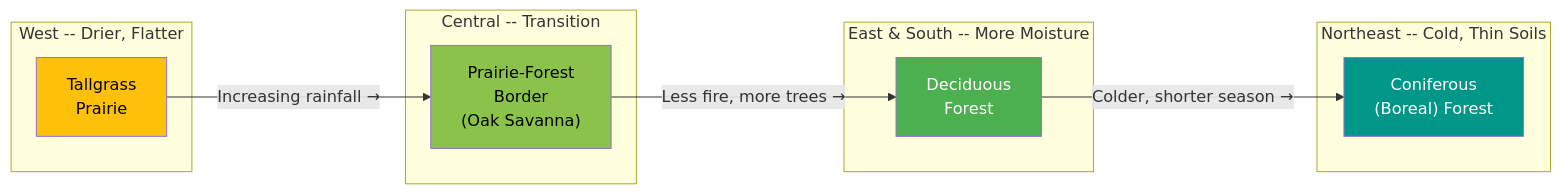
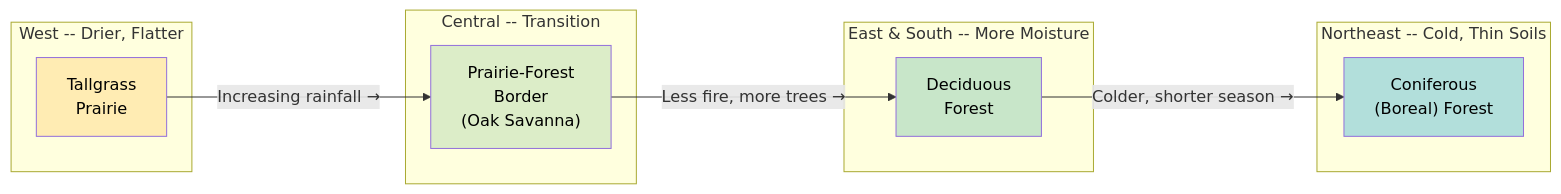
The first of 2 diagrams in docs/chapters/02-ecoregions-growing-conditions/index.md (arunbatchu/minnesota-native-plants), drawn with Mermaid before and after one commit. The commit also changed other lines of this file and 10 other files, not shown here.

First line of the commit message:
Switch Mermaid diagrams to pastel palette — black text on light backgrounds

````diff
--- a/docs/chapters/02-ecoregions-growing-conditions/index.md
+++ b/docs/chapters/02-ecoregions-growing-conditions/index.md
@@ -28,24 +28,24 @@
 ```mermaid
 flowchart LR
     subgraph WEST["West -- Drier, Flatter"]
         TP["Tallgrass<br/>Prairie"]
     end
     subgraph CENTER["Central -- Transition"]
         PFB["Prairie-Forest<br/>Border<br/>(Oak Savanna)"]
     end
     subgraph EAST["East & South -- More Moisture"]
         DF["Deciduous<br/>Forest"]
     end
     subgraph NORTHEAST["Northeast -- Cold, Thin Soils"]
         CF["Coniferous<br/>(Boreal) Forest"]
     end
 
     TP -- "Increasing rainfall →" --> PFB
     PFB -- "Less fire, more trees →" --> DF
     DF -- "Colder, shorter season →" --> CF
 
-    style TP fill:#FFC107,color:#000
-    style PFB fill:#8BC34A,color:#000
-    style DF fill:#4CAF50,color:#fff
-    style CF fill:#009688,color:#fff
+    style TP fill:#FFECB3,color:#000
+    style PFB fill:#DCEDC8,color:#000
+    style DF fill:#C8E6C9,color:#000
+    style CF fill:#B2DFDB,color:#000
 ```
````
